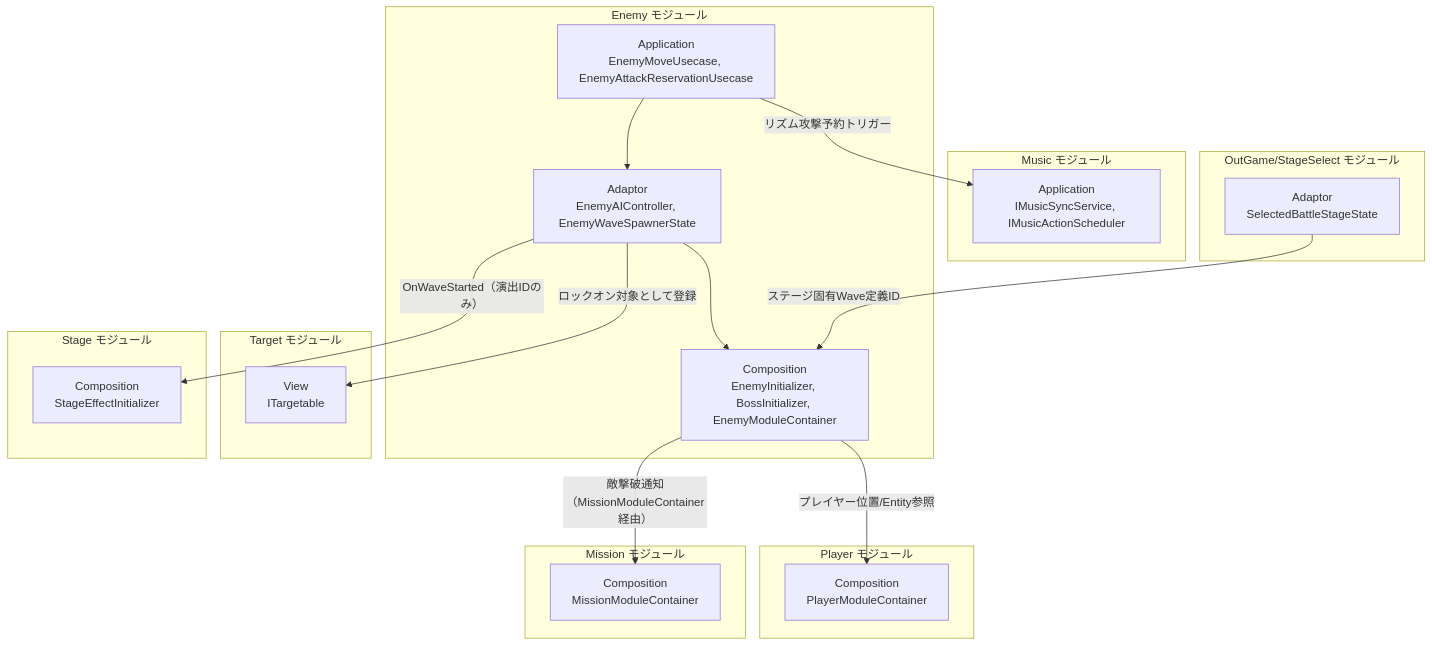
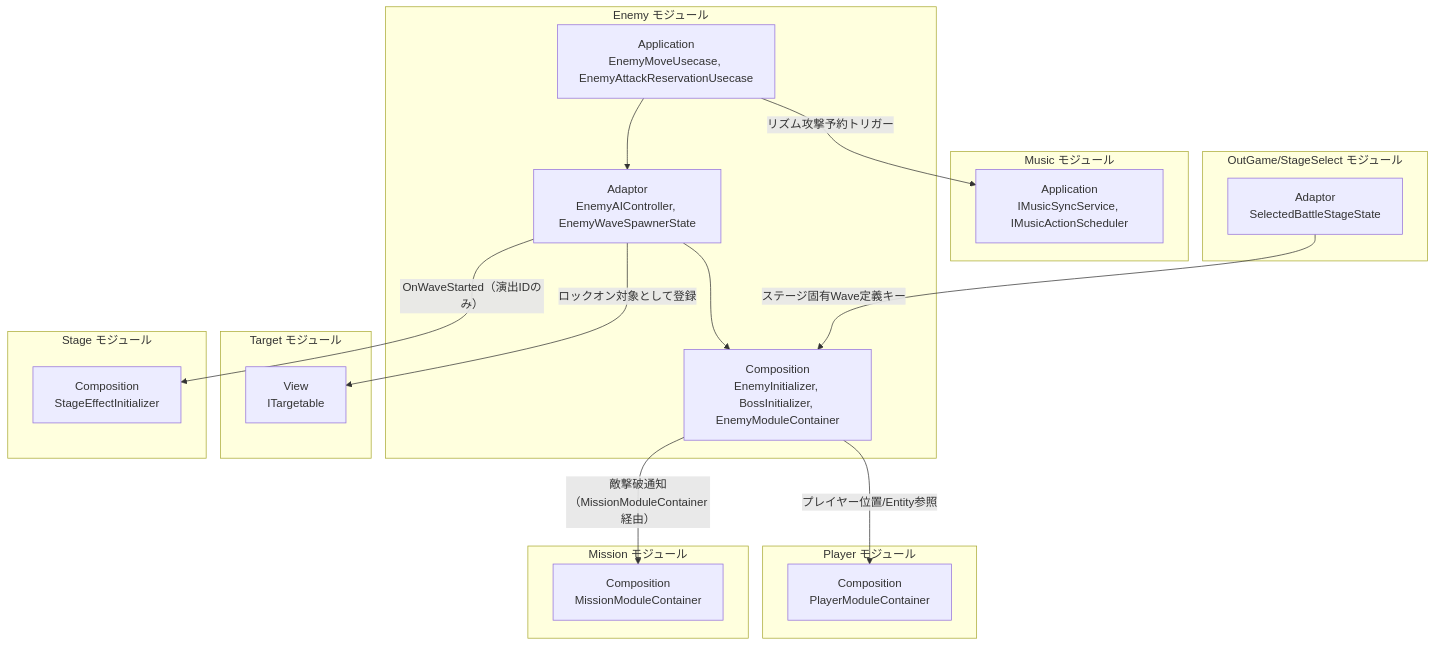
The first of 4 diagrams in Assets/Docs/ScriptsDocs/Modules/NotionModuleDocs/Enemy.md (HIBIKI5201/SymphonyKillChord), drawn with Mermaid before and after one commit. The commit also changed other lines of this file and 2383 other files, not shown here.

````diff
--- a/Assets/Docs/ScriptsDocs/Modules/NotionModuleDocs/Enemy.md
+++ b/Assets/Docs/ScriptsDocs/Modules/NotionModuleDocs/Enemy.md
@@ -80,43 +52,43 @@
 ```mermaid
 graph TD
     %% 定義 (接続のないレイヤーは省略)
     subgraph EnemyModule [Enemy モジュール]
         E_App["Application<br>EnemyMoveUsecase, EnemyAttackReservationUsecase"]
         E_Adaptor["Adaptor<br>EnemyAIController, EnemyWaveSpawnerState"]
         E_Composition["Composition<br>EnemyInitializer, BossInitializer, EnemyModuleContainer"]
         E_App --> E_Adaptor
         E_Adaptor --> E_Composition
     end
 
     subgraph PlayerModule [Player モジュール]
         P_Composition["Composition<br>PlayerModuleContainer"]
     end
 
     subgraph MusicModule [Music モジュール]
         M_App["Application<br>IMusicSyncService, IMusicActionScheduler"]
     end
 
     subgraph TargetModule [Target モジュール]
         T_View["View<br>ITargetable"]
     end
 
     subgraph StageSelectModule [OutGame/StageSelect モジュール]
         SS_Adaptor["Adaptor<br>SelectedBattleStageState"]
     end
 
     subgraph MissionModule [Mission モジュール]
         MS_Composition["Composition<br>MissionModuleContainer"]
     end
 
     subgraph StageModule [Stage モジュール]
         ST_Composition["Composition<br>StageEffectInitializer"]
     end
 
     %% 依存関係
     E_Composition -->|"プレイヤー位置/Entity参照"| P_Composition
     E_App -->|"リズム攻撃予約トリガー"| M_App
     E_Adaptor -->|"ロックオン対象として登録"| T_View
-    SS_Adaptor -->|"ステージ固有Wave定義ID"| E_Composition
+    SS_Adaptor -->|"ステージ固有Wave定義キー"| E_Composition
     E_Composition -->|"敵撃破通知（MissionModuleContainer経由）"| MS_Composition
     E_Adaptor -->|"OnWaveStarted（演出IDのみ）"| ST_Composition
 ```
````
